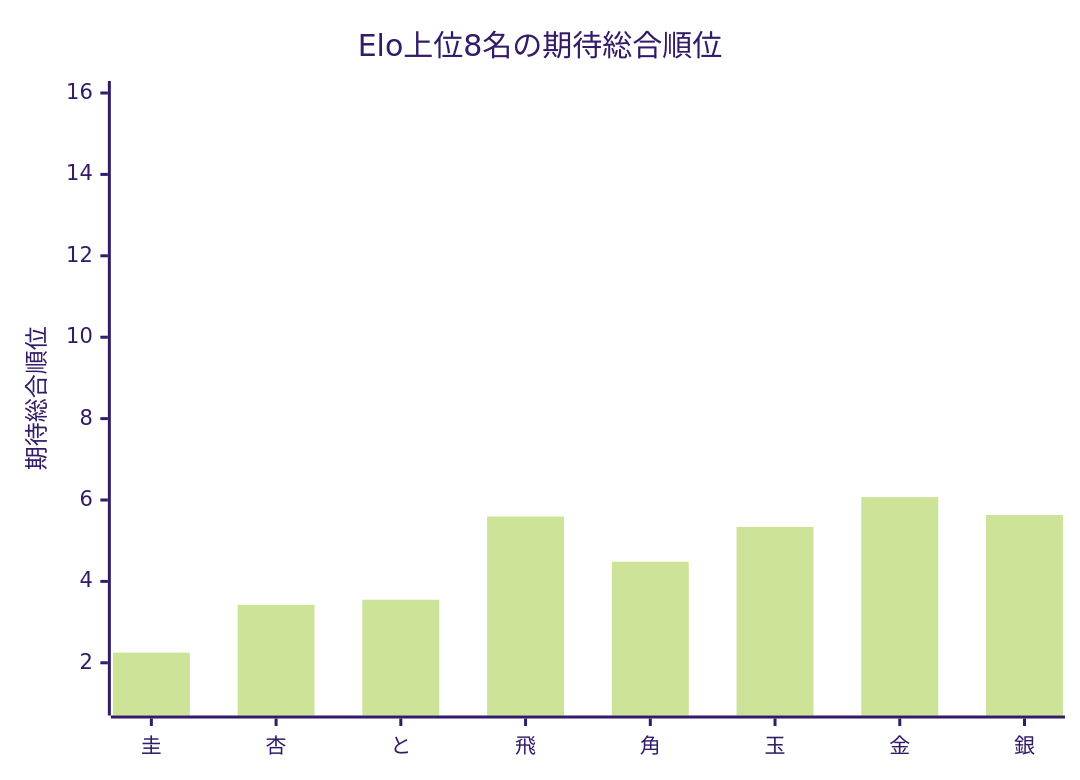
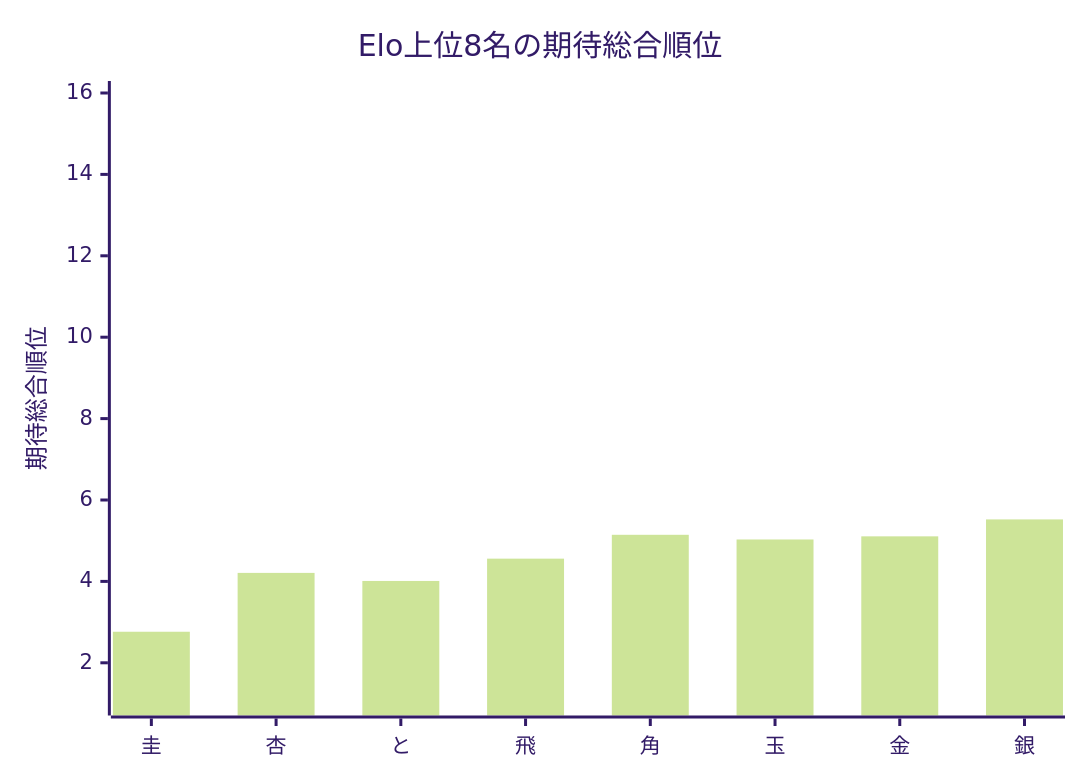
Before and after one commit to muzudho/ShogiTournamentSystemAnalyzer: the first of 2 diagrams in Output/TournamentQualityEvaluator/TournamentQualityReport/Summary/[トップ集団大きめ]_[FinalStage_Single10_STSAInput4_smoke]_quality_summary.md, drawn with Mermaid (forest theme). The commit also changed other lines of this file and 21 other files, not shown here.

````diff
--- a/Output/TournamentQualityEvaluator/TournamentQualityReport/Summary/[トップ集団大きめ]_[FinalStage_Single10_STSAInput4_smoke]_quality_summary.md
+++ b/Output/TournamentQualityEvaluator/TournamentQualityReport/Summary/[トップ集団大きめ]_[FinalStage_Single10_STSAInput4_smoke]_quality_summary.md
@@ -43,7 +43,7 @@
 ```mermaid
 xychart-beta
     title "Elo上位8名の期待総合順位"
     x-axis ["圭", "杏", "と", "飛", "角", "玉", "金", "銀"]
     y-axis "期待総合順位" 1 --> 16
-    bar [2.250, 3.423, 3.550, 5.595, 4.483, 5.340, 6.071, 5.630]
+    bar [2.763, 4.209, 4.011, 4.559, 5.145, 5.030, 5.107, 5.523]
 ```
````
